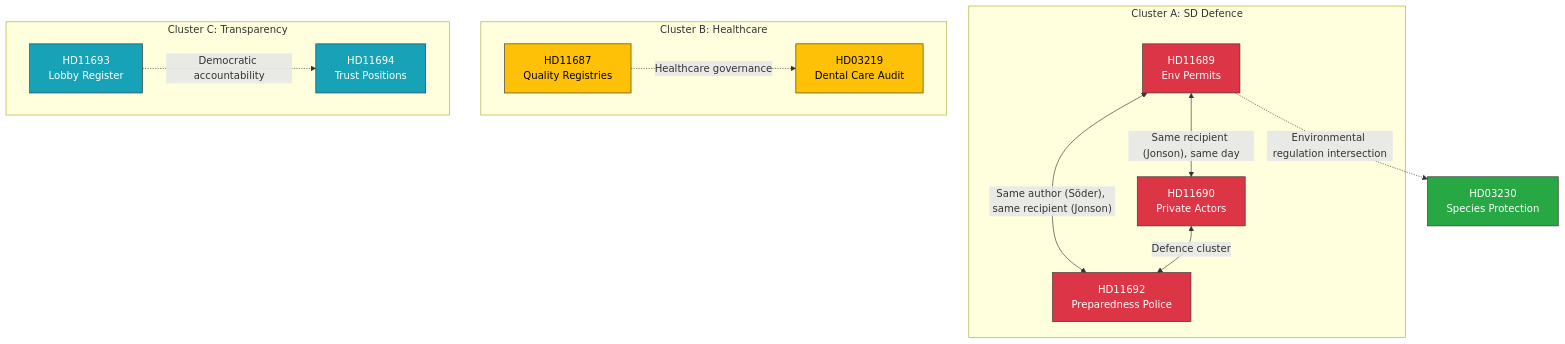
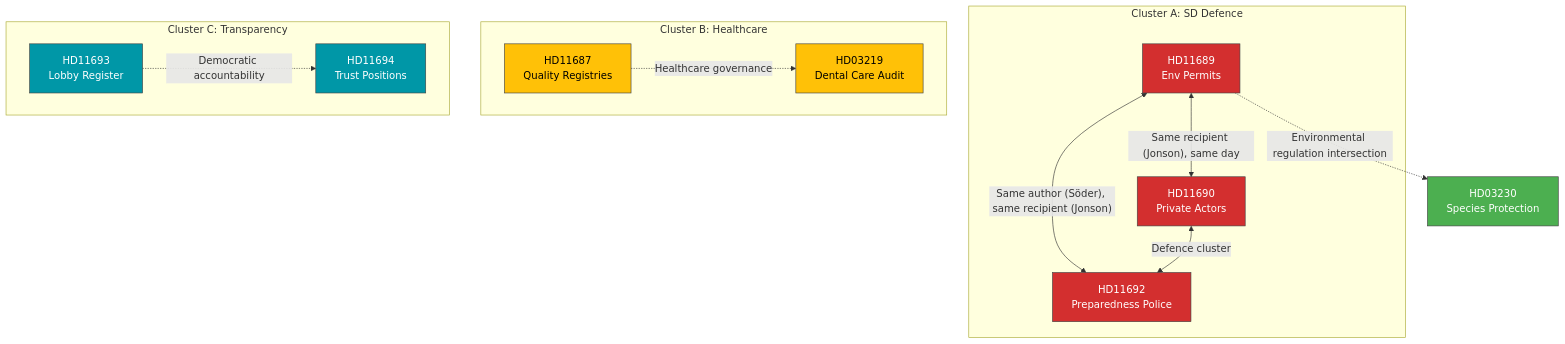
One commit to Hack23/riksdagsmonitor changed the diagram in analysis/daily/2026-04-08/realtime-1027/cross-reference-map.md. Above: the diagram before and after it, drawn with Mermaid. The commit also changed 785 other files, not shown here.

First line of the commit message:
Normalize mermaid colors across 786 analysis artifacts to ISMS Style Guide palette

````diff
--- a/analysis/daily/2026-04-08/realtime-1027/cross-reference-map.md
+++ b/analysis/daily/2026-04-08/realtime-1027/cross-reference-map.md
@@ -10,36 +10,36 @@
 ```mermaid
 graph TB
     subgraph "Cluster A: SD Defence"
         HD11689["HD11689<br/>Env Permits"] 
         HD11690["HD11690<br/>Private Actors"]
         HD11692["HD11692<br/>Preparedness Police"]
     end
     
     subgraph "Cluster B: Healthcare"
         HD11687["HD11687<br/>Quality Registries"]
         HD03219["HD03219<br/>Dental Care Audit"]
     end
     
     subgraph "Cluster C: Transparency"
         HD11693["HD11693<br/>Lobby Register"]
         HD11694["HD11694<br/>Trust Positions"]
     end
     
     HD11689 <-->|"Same author (Söder), same recipient (Jonson)"| HD11692
     HD11689 <-->|"Same recipient (Jonson), same day"| HD11690
     HD11690 <-->|"Defence cluster"| HD11692
     
     HD11687 -.->|"Healthcare governance"| HD03219
     HD11693 -.->|"Democratic accountability"| HD11694
     
     HD11689 -.->|"Environmental regulation intersection"| HD03230["HD03230<br/>Species Protection"]
     
-    style HD11689 fill:#dc3545,stroke:#333,color:#fff
-    style HD11690 fill:#dc3545,stroke:#333,color:#fff
-    style HD11692 fill:#dc3545,stroke:#333,color:#fff
-    style HD11687 fill:#ffc107,stroke:#333,color:#000
-    style HD03219 fill:#ffc107,stroke:#333,color:#000
-    style HD11693 fill:#17a2b8,stroke:#333,color:#fff
-    style HD11694 fill:#17a2b8,stroke:#333,color:#fff
-    style HD03230 fill:#28a745,stroke:#333,color:#fff
+    style HD11689 fill:#D32F2F,stroke:#424242,color:#FFFFFF
+    style HD11690 fill:#D32F2F,stroke:#424242,color:#FFFFFF
+    style HD11692 fill:#D32F2F,stroke:#424242,color:#FFFFFF
+    style HD11687 fill:#FFC107,stroke:#424242,color:#000000
+    style HD03219 fill:#FFC107,stroke:#424242,color:#000000
+    style HD11693 fill:#0097A7,stroke:#424242,color:#FFFFFF
+    style HD11694 fill:#0097A7,stroke:#424242,color:#FFFFFF
+    style HD03230 fill:#4CAF50,stroke:#424242,color:#FFFFFF
 ```
````
